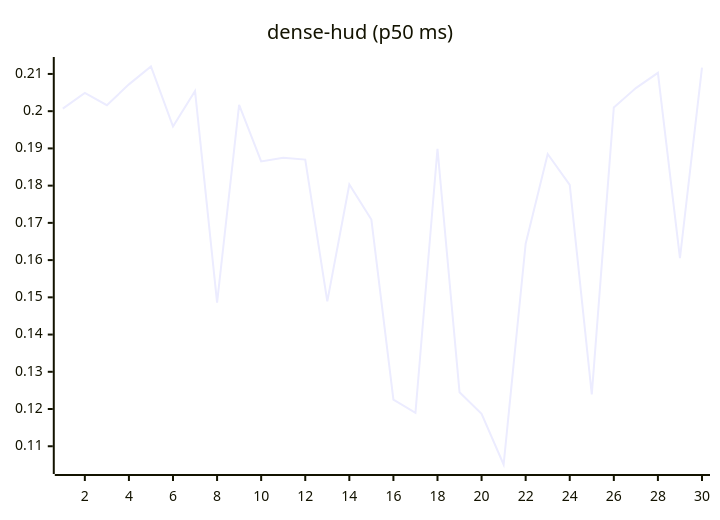
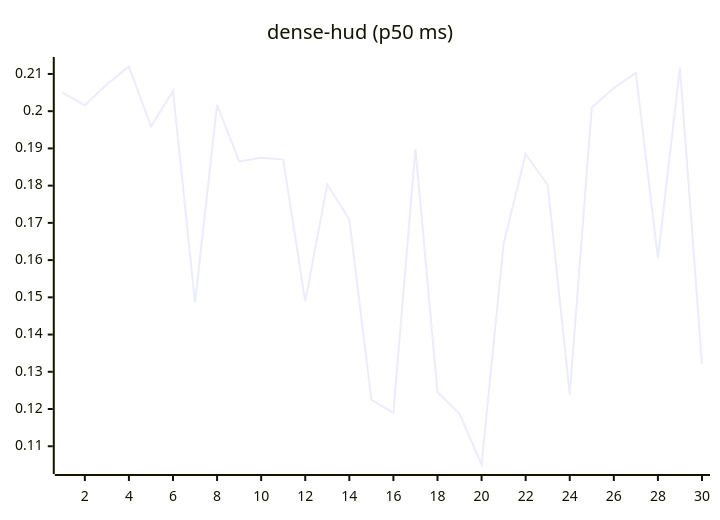
Before and after one commit to josha/Facet: the eighth of 27 diagrams in README.md, drawn with Mermaid. The commit also changed other lines of this file and 2 other files, not shown here.

````diff
--- a/README.md
+++ b/README.md
@@ -112,6 +112,6 @@
 ```mermaid
 xychart-beta
     title "dense-hud (p50 ms)"
     x-axis 1 --> 30
-    line [0.2007, 0.2049, 0.2016, 0.2072, 0.2120, 0.1959, 0.2054, 0.1486, 0.2017, 0.1865, 0.1875, 0.1870, 0.1489, 0.1803, 0.1709, 0.1225, 0.1190, 0.1899, 0.1245, 0.1187, 0.1051, 0.1644, 0.1885, 0.1802, 0.1239, 0.2010, 0.2062, 0.2103, 0.1605, 0.2117]
+    line [0.2049, 0.2016, 0.2072, 0.2120, 0.1959, 0.2054, 0.1486, 0.2017, 0.1865, 0.1875, 0.1870, 0.1489, 0.1803, 0.1709, 0.1225, 0.1190, 0.1899, 0.1245, 0.1187, 0.1051, 0.1644, 0.1885, 0.1802, 0.1239, 0.2010, 0.2062, 0.2103, 0.1605, 0.2117, 0.1321]
 ```
````
